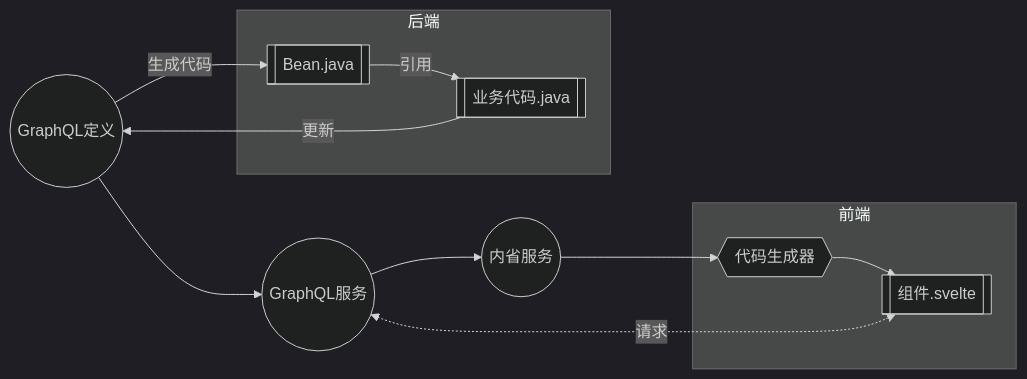
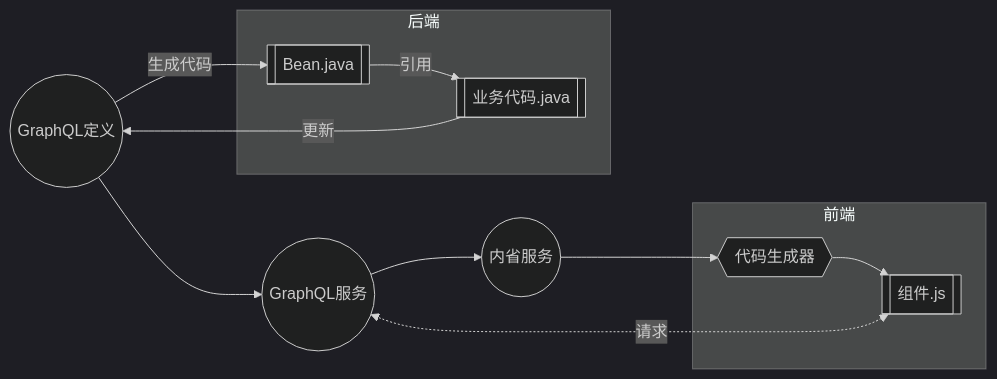
The sixth of 8 diagrams in docs/intro.md (doukai/gp-doc.github.io), drawn with Mermaid (dark theme) before and after one commit. The commit also changed other lines of this file, not shown here.

````diff
--- a/docs/intro.md
+++ b/docs/intro.md
@@ -95,14 +95,14 @@
 ```mermaid
 flowchart LR
     schema((GraphQL定义)) --> graphql((GraphQL服务)) --> introspection((内省服务))
     schema -- 生成代码 --> java[[Bean.java]]
     code -- 更新 --> schema
     introspection --> codegen{{代码生成器}}
     ui <-. 请求 .-> graphql
     subgraph 后端
         java -- 引用 --> code[[业务代码.java]]
     end
     subgraph 前端
-        codegen --> ui[[组件.svelte]]
+        codegen --> ui[[组件.js]]
     end
 ```
````
